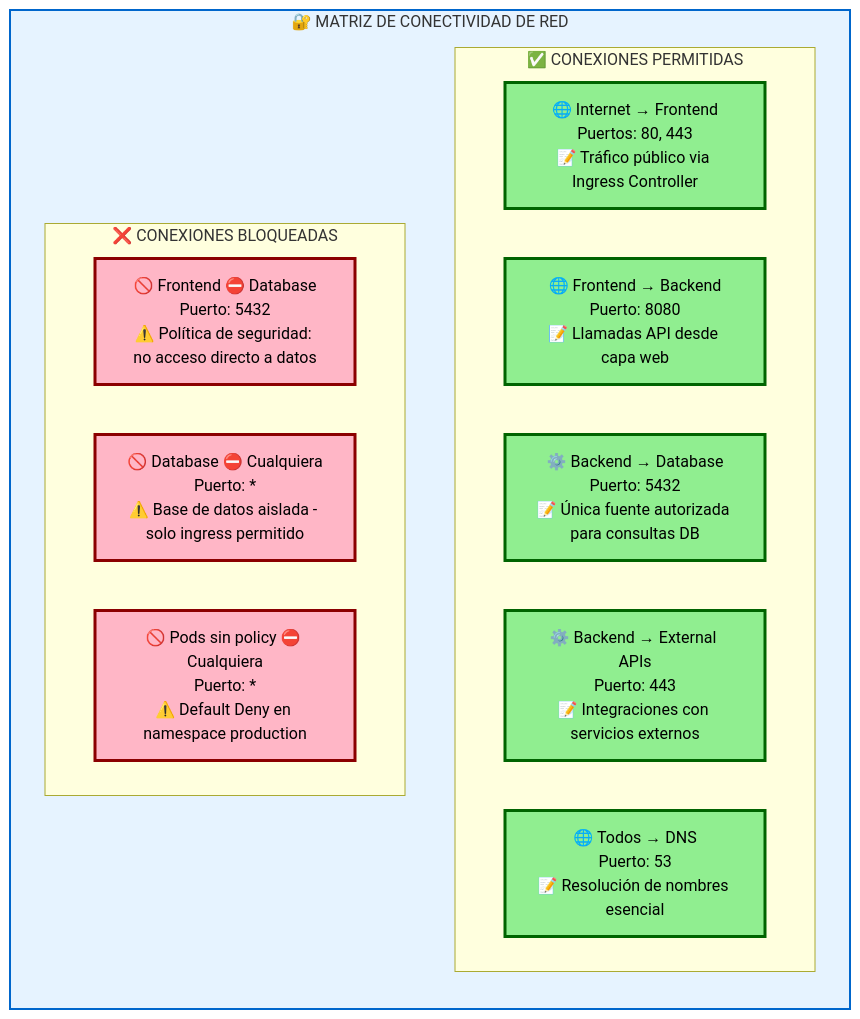
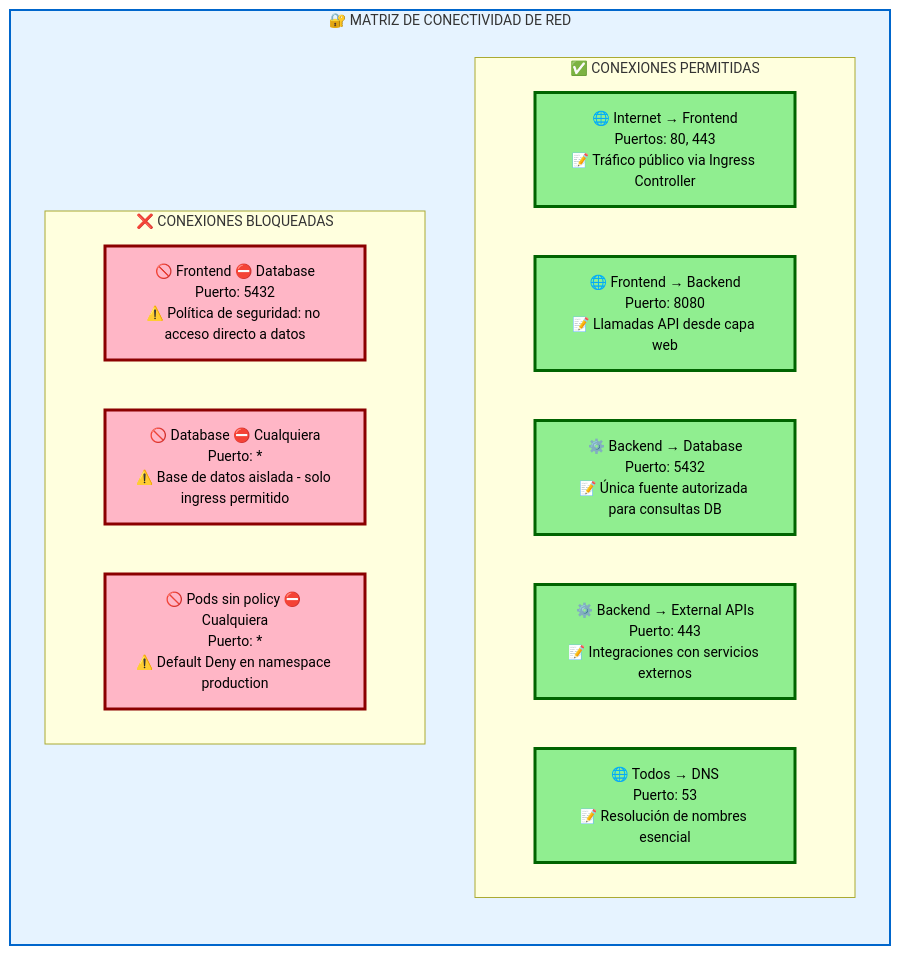
The third of 3 diagrams in docs/Diagramas_Arquitecturas.md (jluisar7575/proyecto-equipo-4), drawn with Mermaid before and after one commit.

````diff
--- a/docs/Diagramas_Arquitecturas.md
+++ b/docs/Diagramas_Arquitecturas.md
@@ -76,29 +76,30 @@
 ```mermaid
+%%{init: {"themeVariables": {"fontSize": "14px"}, "flowchart": {"rankSpacing": 70, "nodeSpacing": 50}}}%%
 
 graph TB
     subgraph Matrix["🔐 MATRIZ DE CONECTIVIDAD DE RED"]
         direction TB
         
         subgraph Allowed["✅ CONEXIONES PERMITIDAS"]
             A1["🌐 Internet → Frontend<br/>Puertos: 80, 443<br/>📝 Tráfico público via Ingress Controller"]
             A2["🌐 Frontend → Backend<br/>Puerto: 8080<br/>📝 Llamadas API desde capa web"]
             A3["⚙️ Backend → Database<br/>Puerto: 5432<br/>📝 Única fuente autorizada para consultas DB"]
             A4["⚙️ Backend → External APIs<br/>Puerto: 443<br/>📝 Integraciones con servicios externos"]
             A5["🌐 Todos → DNS<br/>Puerto: 53<br/>📝 Resolución de nombres esencial"]
         end
         
         subgraph Blocked["❌ CONEXIONES BLOQUEADAS"]
             B1["🚫 Frontend ⛔ Database<br/>Puerto: 5432<br/>⚠️ Política de seguridad: no acceso directo a datos"]
             B2["🚫 Database ⛔ Cualquiera<br/>Puerto: *<br/>⚠️ Base de datos aislada - solo ingress permitido"]
             B3["🚫 Pods sin policy ⛔ Cualquiera<br/>Puerto: *<br/>⚠️ Default Deny en namespace production"]
         end
     end
     
     classDef allowed fill:#90EE90,stroke:#006400,stroke-width:3px,color:#000
     classDef blocked fill:#FFB6C6,stroke:#8B0000,stroke-width:3px,color:#000
     classDef matrix fill:#E6F3FF,stroke:#0066CC,stroke-width:2px
     
     class A1,A2,A3,A4,A5 allowed
     class B1,B2,B3 blocked
     class Matrix matrix
 ```
````
